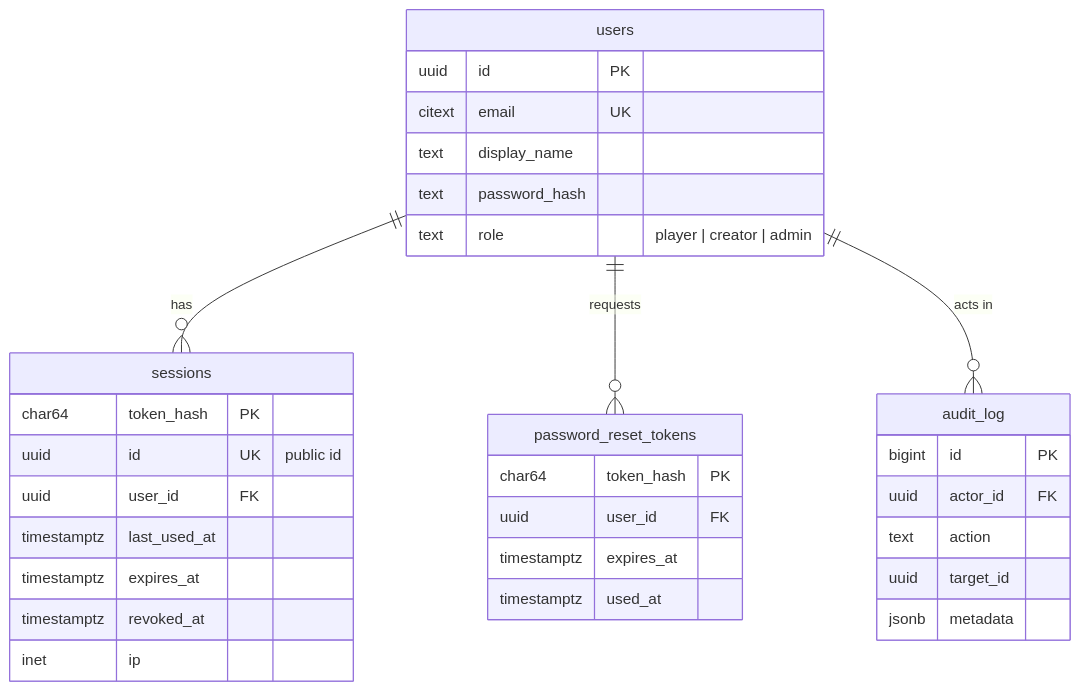
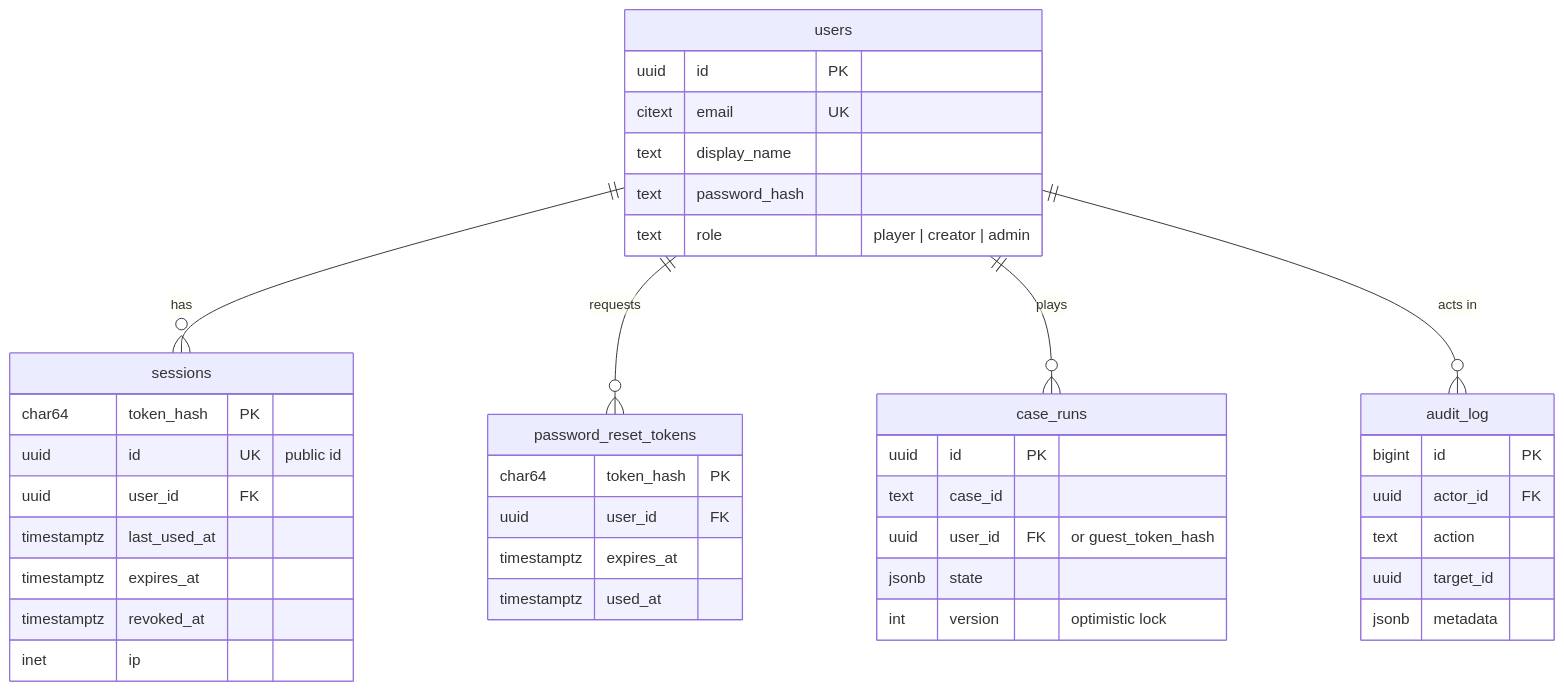
Before and after one commit to lungelooZi/AFTERHOURS-source: the second of 3 diagrams in docs/architecture/overview.md, drawn with Mermaid. The commit also changed other lines of this file and 5 other files, not shown here.

````diff
--- a/docs/architecture/overview.md
+++ b/docs/architecture/overview.md
@@ -55,35 +65,43 @@
 ```mermaid
 erDiagram
   users ||--o{ sessions : has
   users ||--o{ password_reset_tokens : requests
+  users ||--o{ case_runs : plays
   users ||--o{ audit_log : "acts in"
   users {
     uuid id PK
     citext email UK
     text display_name
     text password_hash
     text role "player | creator | admin"
   }
   sessions {
     char64 token_hash PK
     uuid id UK "public id"
     uuid user_id FK
     timestamptz last_used_at
     timestamptz expires_at
     timestamptz revoked_at
     inet ip
   }
+  case_runs {
+    uuid id PK
+    text case_id
+    uuid user_id FK "or guest_token_hash"
+    jsonb state
+    int version "optimistic lock"
+  }
   password_reset_tokens {
     char64 token_hash PK
     uuid user_id FK
     timestamptz expires_at
     timestamptz used_at
   }
   audit_log {
     bigint id PK
     uuid actor_id FK
     text action
     uuid target_id
     jsonb metadata
   }
 ```
````
